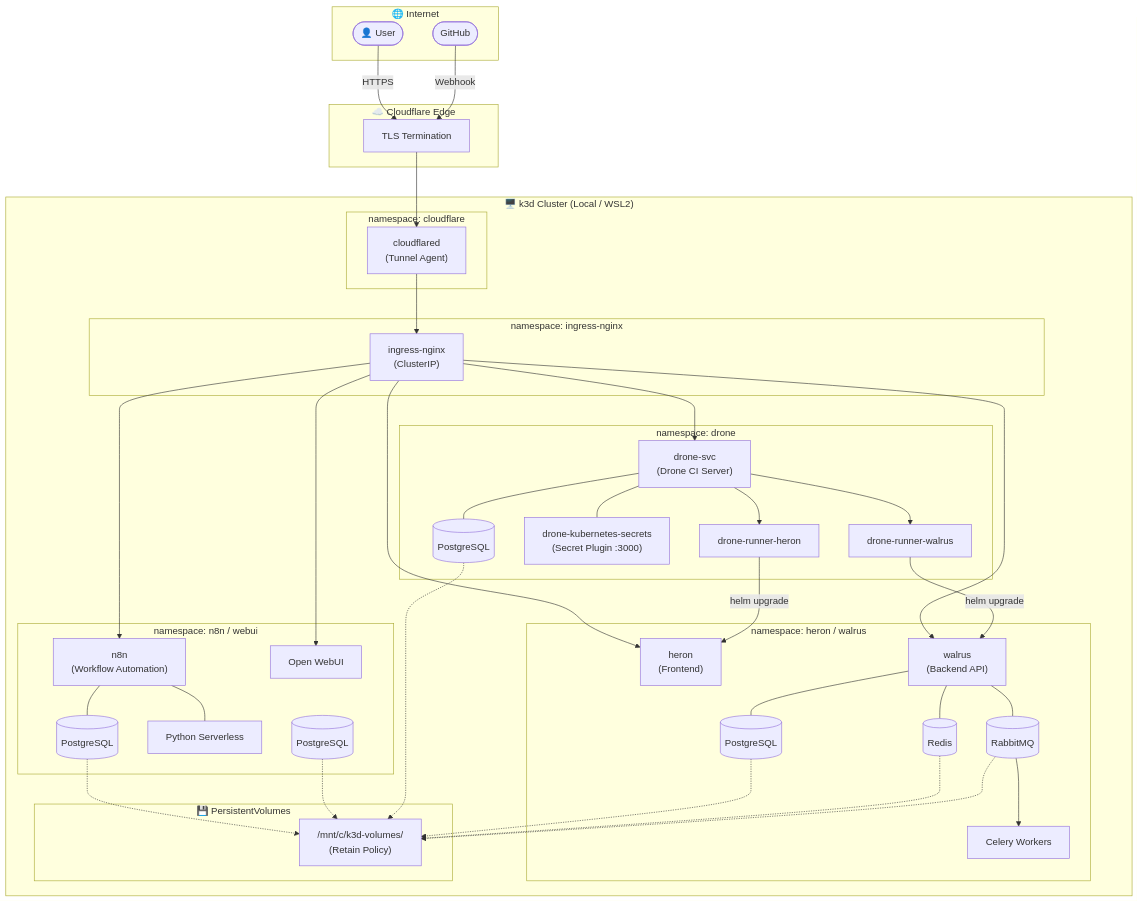
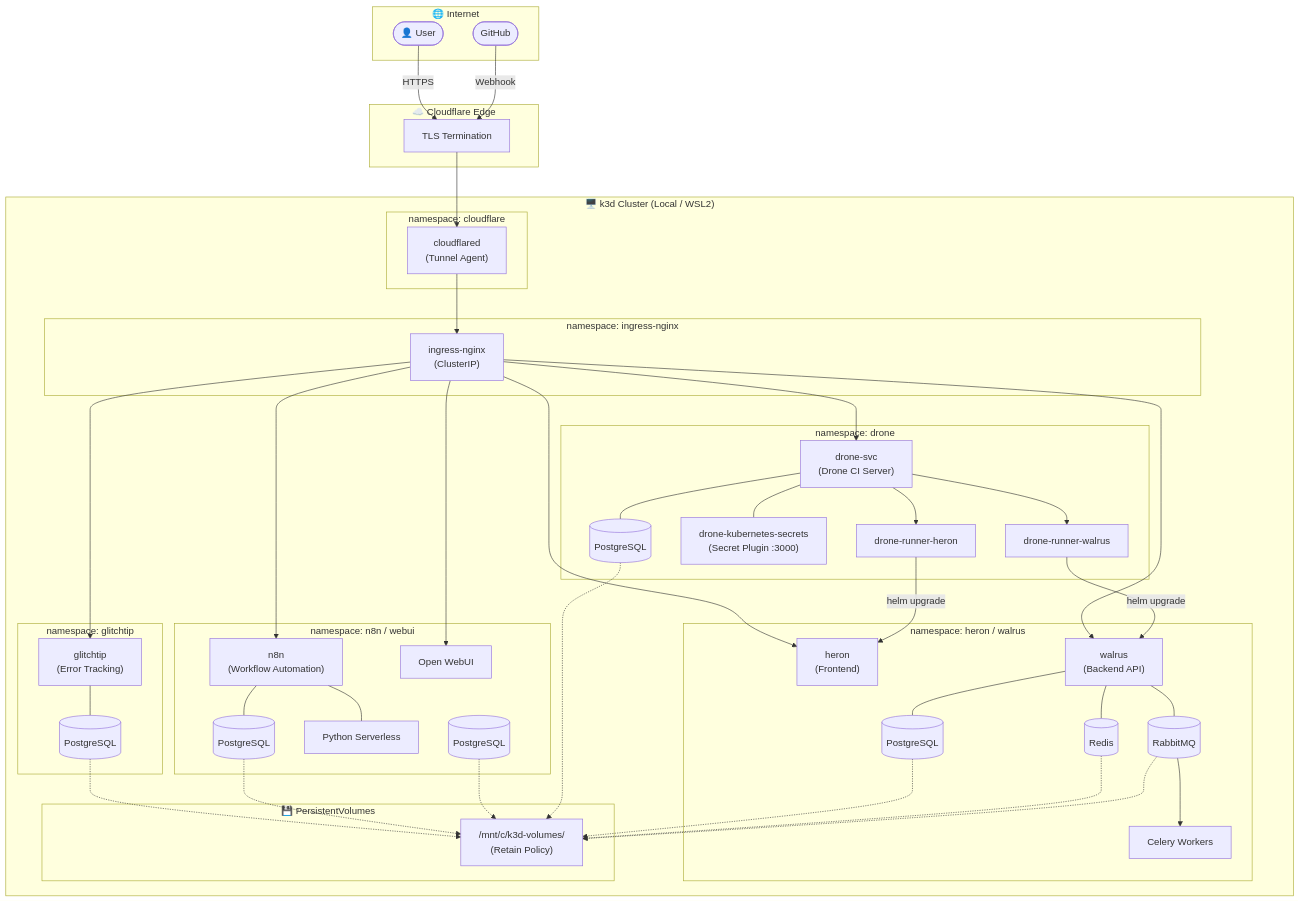
The first of 4 diagrams in README.md (Lab3-Spotify/dove), drawn with Mermaid before and after one commit. The commit also changed other lines of this file and 25 other files, not shown here.

```diff
--- a/README.md
+++ b/README.md
@@ -52,6 +52,11 @@
             WEBUI_DB[("PostgreSQL")]
         end
 
+        subgraph monitoring["namespace: glitchtip"]
+            GLITCHTIP["glitchtip\n(Error Tracking)"]
+            GLITCHTIP_DB[("PostgreSQL")]
+        end
+
         subgraph storage["💾 PersistentVolumes"]
             PV["/mnt/c/k3d-volumes/\n(Retain Policy)"]
         end
@@ -66,6 +71,10 @@
     NGINX --> WALRUS
     NGINX --> N8N
     NGINX --> WEBUI
+    NGINX --> GLITCHTIP
+
+    GLITCHTIP --- GLITCHTIP_DB
+    GLITCHTIP_DB -.-> PV
 
     DRONE_SVC --- DRONE_DB
     DRONE_SVC --- DRONE_SECRETS
```
